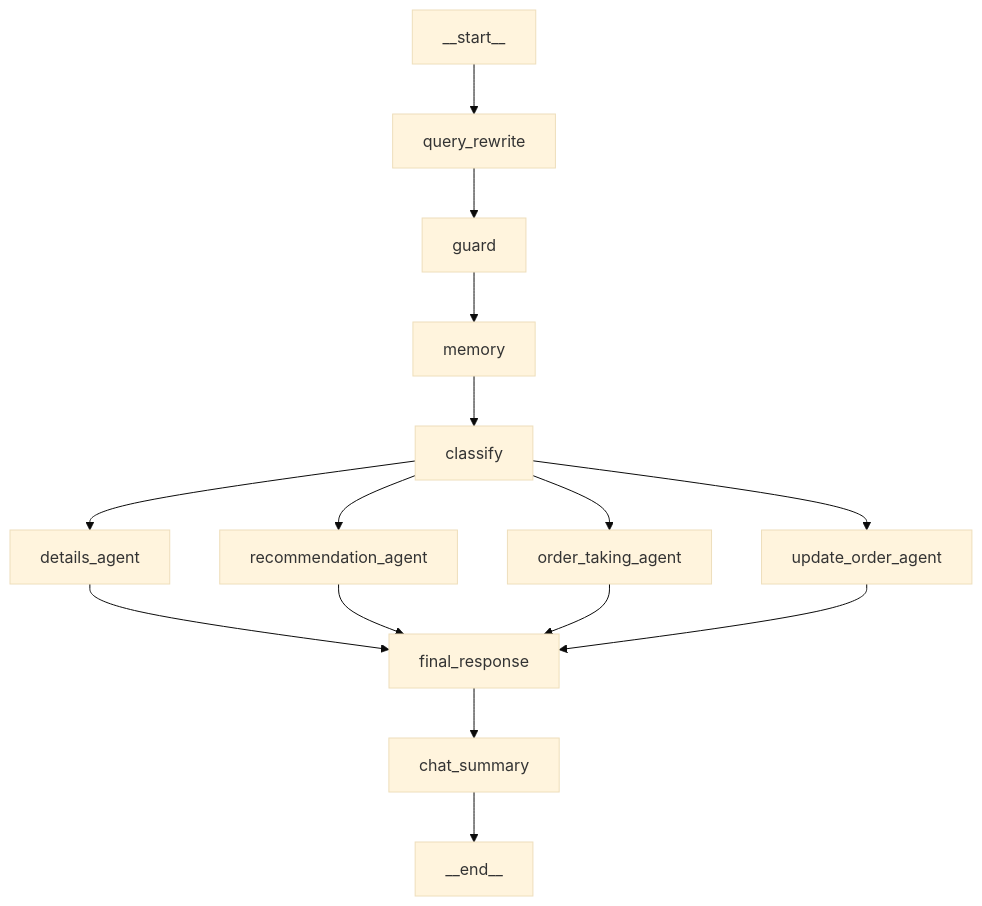
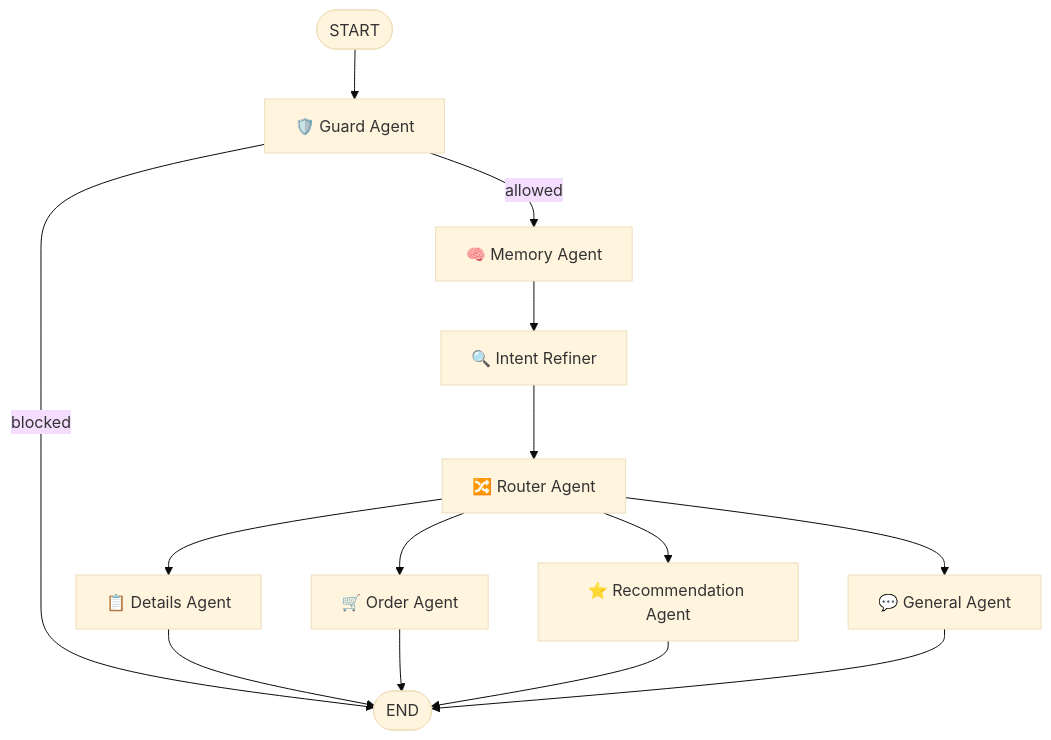
Before and after one commit to Pandharimaske/Coffee_Shop_ChatBot: the diagram in README.md, drawn with Mermaid (base theme). The commit also changed other lines of this file, not shown here.

Commit message:
docs: rewrite README with current architecture, stack and deployment

````diff
--- a/README.md
+++ b/README.md
@@ -16,21 +23,16 @@
 ```mermaid
 flowchart TD
-    Start[__start__] --> Rewrite[query_rewrite]
-    Rewrite --> Guard[guard]
-    Guard --> Memory[memory]
-    Memory --> Classify[classify]
-    Classify --> DetailsAgent[details_agent]
-    Classify --> RecommendAgent[recommendation_agent]
-    Classify --> OrderAgent[order_taking_agent]
-    Classify --> UpdateAgent[update_order_agent]
-
-
-    DetailsAgent[details_agent] --> Final[final_response]
-    RecommendAgent[recommendation_agent] --> Final
-    OrderAgent[order_taking_agent] --> Final
-    UpdateAgent[update_order_agent] --> Final
-
-
-    Final --> Summary[chat_summary]
-    Summary --> End[__end__]
+    Start([START]) --> Guard[🛡️ Guard Agent]
+    Guard -->|allowed| Memory[🧠 Memory Agent]
+    Guard -->|blocked| End([END])
+    Memory --> IntentRefiner[🔍 Intent Refiner]
+    IntentRefiner --> Router[🔀 Router Agent]
+    Router --> Details[📋 Details Agent]
+    Router --> Order[🛒 Order Agent]
+    Router --> Recommend[⭐ Recommendation Agent]
+    Router --> General[💬 General Agent]
+    Details --> End
+    Order --> End
+    Recommend --> End
+    General --> End
 ```
````
